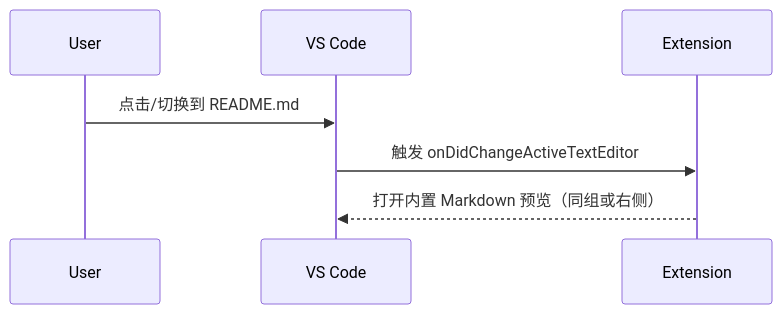
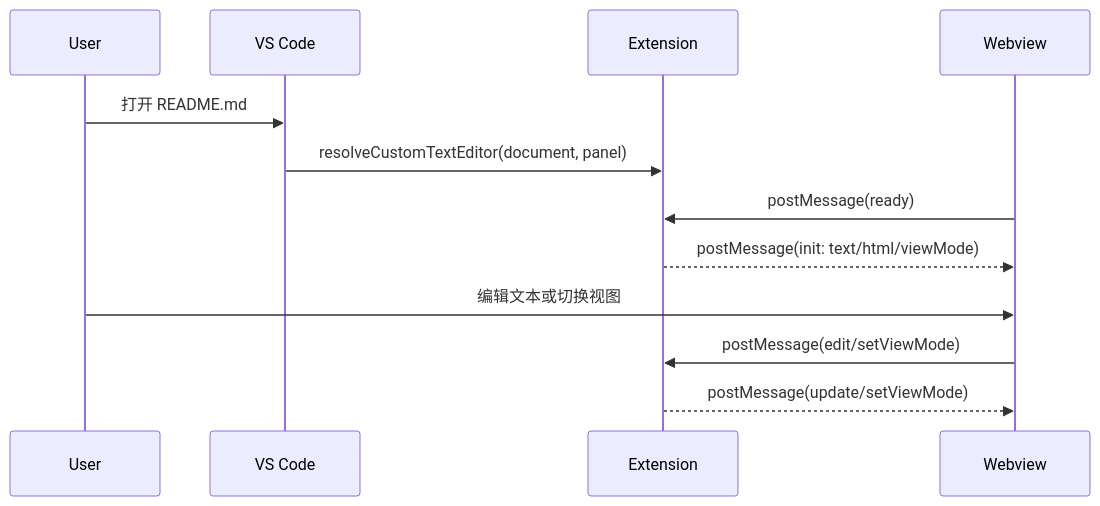
One commit to fengyouliang/markdown-vscode-plugin changed the second of 2 diagrams in helloagents/wiki/arch.md. Above: the diagram before and after it, drawn with Mermaid. The commit also changed other lines of this file and 13 other files, not shown here.

````diff
--- a/helloagents/wiki/arch.md
+++ b/helloagents/wiki/arch.md
@@ -22,9 +21,14 @@
 ```mermaid
 sequenceDiagram
     participant U as User
     participant VS as VS Code
     participant EX as Extension
-    U->>VS: 点击/切换到 README.md
-    VS->>EX: 触发 onDidChangeActiveTextEditor
-    EX-->>VS: 打开内置 Markdown 预览（同组或右侧）
+    participant WV as Webview
+    U->>VS: 打开 README.md
+    VS->>EX: resolveCustomTextEditor(document, panel)
+    WV->>EX: postMessage(ready)
+    EX-->>WV: postMessage(init: text/html/viewMode)
+    U->>WV: 编辑文本或切换视图
+    WV->>EX: postMessage(edit/setViewMode)
+    EX-->>WV: postMessage(update/setViewMode)
 ```
````
